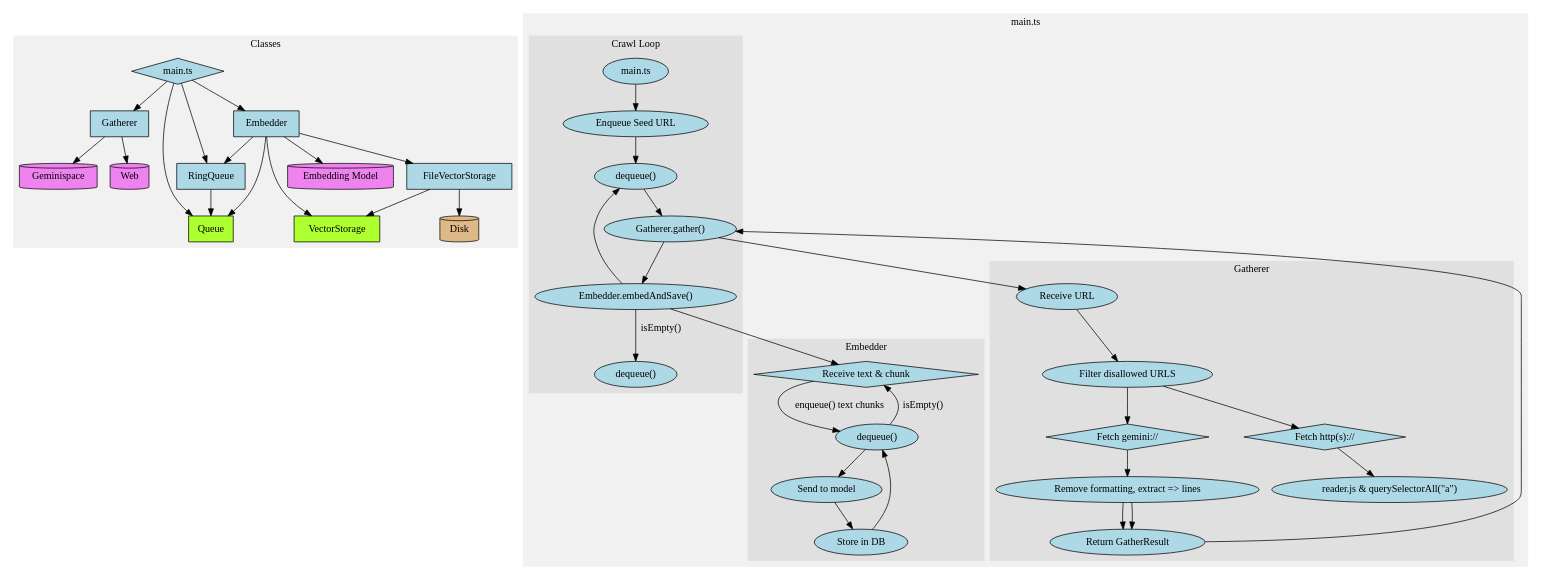
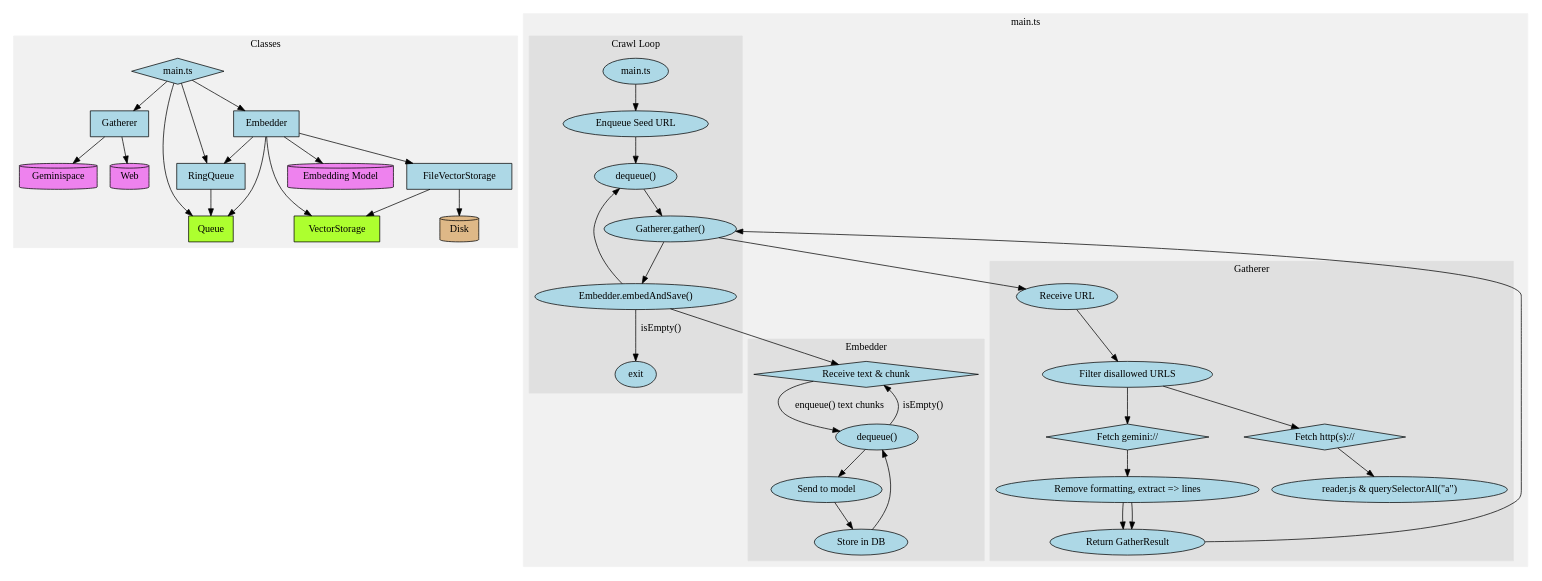
Before and after one commit to robog-two/grapevine: the diagram in design.dot, drawn with Graphviz. The commit also changed 1 other file, not shown here.

```diff
--- a/design.dot
+++ b/design.dot
@@ -1,95 +1,95 @@
 digraph Grapevine {
   subgraph cluster_classes {
     graph [label = "Classes"; style = "filled"; color = "#f1f1f1";];
 
     node [style = filled;];
 
     maints [fillcolor = lightblue;label = "main.ts";shape = diamond;];
     ringqueue [fillcolor = lightblue;label = "RingQueue";shape = rect;];
     queue [fillcolor = greenyellow;label = "Queue";shape = rect;];
     gatherer [fillcolor = lightblue;label = "Gatherer";shape = rect;];
     embedder [fillcolor = lightblue;label = "Embedder";shape = rect;];
     vectorstorage [fillcolor = greenyellow;label = "VectorStorage";shape = rect;];
     filevectorstorage [fillcolor = lightblue;label = "FileVectorStorage";shape = rect;];
     disk [fillcolor = burlywood;label = "Disk";shape = cylinder;];
     web [fillcolor = violet;label = "Web";shape = cylinder;];
     gemini [fillcolor = violet;label = "Geminispace";shape = cylinder;];
     embedmodel [fillcolor = violet;label = "Embedding Model";shape = cylinder;];
 
     maints -> ringqueue;
     maints -> queue;
     ringqueue -> queue;
     maints -> gatherer;
     gatherer -> web;
     gatherer -> gemini;
     maints -> embedder;
     embedder -> ringqueue;
     embedder -> queue;
     embedder -> embedmodel;
     embedder -> vectorstorage;
     embedder -> filevectorstorage;
     filevectorstorage -> disk;
     filevectorstorage -> vectorstorage;
   }
 
   subgraph cluster_main {
     graph [label = "main.ts"; style = "filled"; color = "#f1f1f1";];
 
     node [style = filled;];
 
     subgraph cluster_crawl {
       graph [label = "Crawl Loop"; style = "filled"; color = "#e0e0e0";];
       entrypoint [fillcolor = lightblue;label = "main.ts";shape = ellipse;];
       seed [fillcolor = lightblue;label = "Enqueue Seed URL";shape = ellipse;];
       dequeue [fillcolor = lightblue;label = "dequeue()";shape = ellipse;];
       gather [fillcolor = lightblue;label = "Gatherer.gather()";shape = ellipse;];
       embed [fillcolor = lightblue;label = "Embedder.embedAndSave()";shape = ellipse;];
-      exit [fillcolor = lightblue;label = "dequeue()";shape = ellipse;];
+      exit [fillcolor = lightblue;label = "exit";shape = ellipse;];
 
       entrypoint -> seed
       seed -> dequeue
       dequeue -> gather
       gather -> embed
       embed -> exit [label = "isEmpty()"]
       embed -> dequeue
 
     }
 
     subgraph cluster_gather {
       graph [label = "Gatherer"; style = "filled"; color = "#e0e0e0";];
       gatherreceive [fillcolor = lightblue;label = "Receive URL";shape = ellipse;];
       fetchgemini [fillcolor = lightblue;label = "Fetch gemini://";shape = diamond;];
       fetchhttp [fillcolor = lightblue;label = "Fetch http(s)://";shape = diamond;];
       filter [fillcolor = lightblue;label = "Filter disallowed URLS";shape = ellipse;];
       extracthtml [fillcolor = lightblue;label = "reader.js & querySelectorAll(\"a\")";shape = ellipse;];
       extractgemtext [fillcolor = lightblue;label = "Remove formatting, extract => lines";shape = ellipse;];
       returngather [fillcolor = lightblue;label = "Return GatherResult";shape = ellipse;];
 
       gatherreceive -> filter
       filter -> fetchhttp
       filter -> fetchgemini
       fetchgemini -> extractgemtext
       fetchhttp -> extracthtml
       extractgemtext -> returngather
       extractgemtext -> returngather
     }
 
     subgraph cluster_embed {
       graph [label = "Embedder"; style = "filled"; color = "#e0e0e0";];
       embedwait [fillcolor = lightblue;label = "Receive text & chunk";shape = diamond;];
       embeddequeue [fillcolor = lightblue;label = "dequeue()";shape = ellipse;];
       embedsend [fillcolor = lightblue;label = "Send to model";shape = ellipse;];
       embedstore [fillcolor = lightblue;label = "Store in DB";shape = ellipse;];
 
       embedwait -> embeddequeue [label = "enqueue() text chunks";];
       embeddequeue -> embedwait [label = "isEmpty()";];
       embeddequeue -> embedsend;
       embedsend -> embedstore;
       embedstore -> embeddequeue;
     }
 
     gather -> gatherreceive
     returngather -> gather
     embed -> embedwait
   }
 }
```
